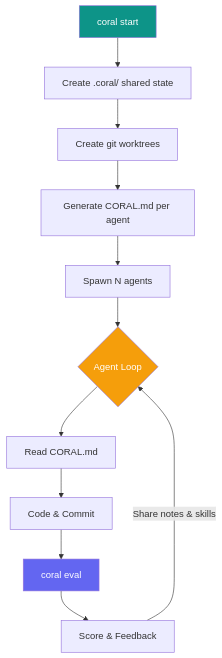
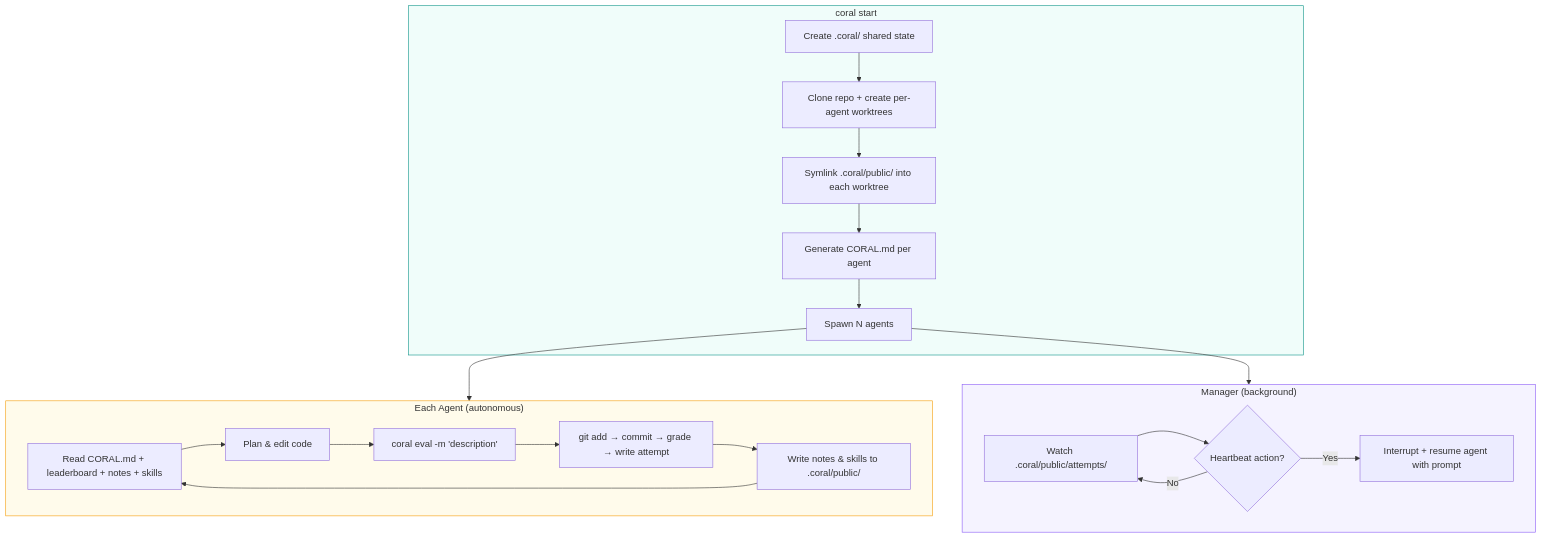
The diagram in README.md (Human-Agent-Society/CORAL), drawn with Mermaid before and after one commit. The commit also changed 1 other file, not shown here.

Commit message:
Revamp How It Works diagram to accurately reflect codebase architecture

````diff
--- a/README.md
+++ b/README.md
@@ -54,18 +54,30 @@
 ```mermaid
 graph TD
-    A[coral start] --> B[Create .coral/ shared state]
-    B --> C[Create git worktrees]
-    C --> D[Generate CORAL.md per agent]
-    D --> E[Spawn N agents]
+    subgraph Setup["coral start"]
+        A[Create .coral/ shared state] --> B[Clone repo + create per-agent worktrees]
+        B --> C[Symlink .coral/public/ into each worktree]
+        C --> D[Generate CORAL.md per agent]
+        D --> E[Spawn N agents]
+    end
 
-    E --> F{Agent Loop}
-    F --> G[Read CORAL.md]
-    G --> H[Code & Commit]
-    H --> I[coral eval]
-    I --> J[Score & Feedback]
-    J -->|Share notes & skills| F
+    subgraph Loop["Each Agent (autonomous)"]
+        F[Read CORAL.md + leaderboard + notes + skills] --> G[Plan & edit code]
+        G --> H["coral eval -m 'description'"]
+        H --> I["git add → commit → grade → write attempt"]
+        I --> J[Write notes & skills to .coral/public/]
+        J --> F
+    end
 
-    style A fill:#0d9488,color:#fff
-    style F fill:#f59e0b,color:#fff
-    style I fill:#6366f1,color:#fff
+    subgraph Monitor["Manager (background)"]
+        K[Watch .coral/public/attempts/] --> L{Heartbeat action?}
+        L -->|Yes| M[Interrupt + resume agent with prompt]
+        L -->|No| K
+    end
+
+    E --> Loop
+    E --> Monitor
+
+    style Setup fill:#f0fdfa,stroke:#0d9488
+    style Loop fill:#fffbeb,stroke:#f59e0b
+    style Monitor fill:#f5f3ff,stroke:#8b5cf6
 ```
````
